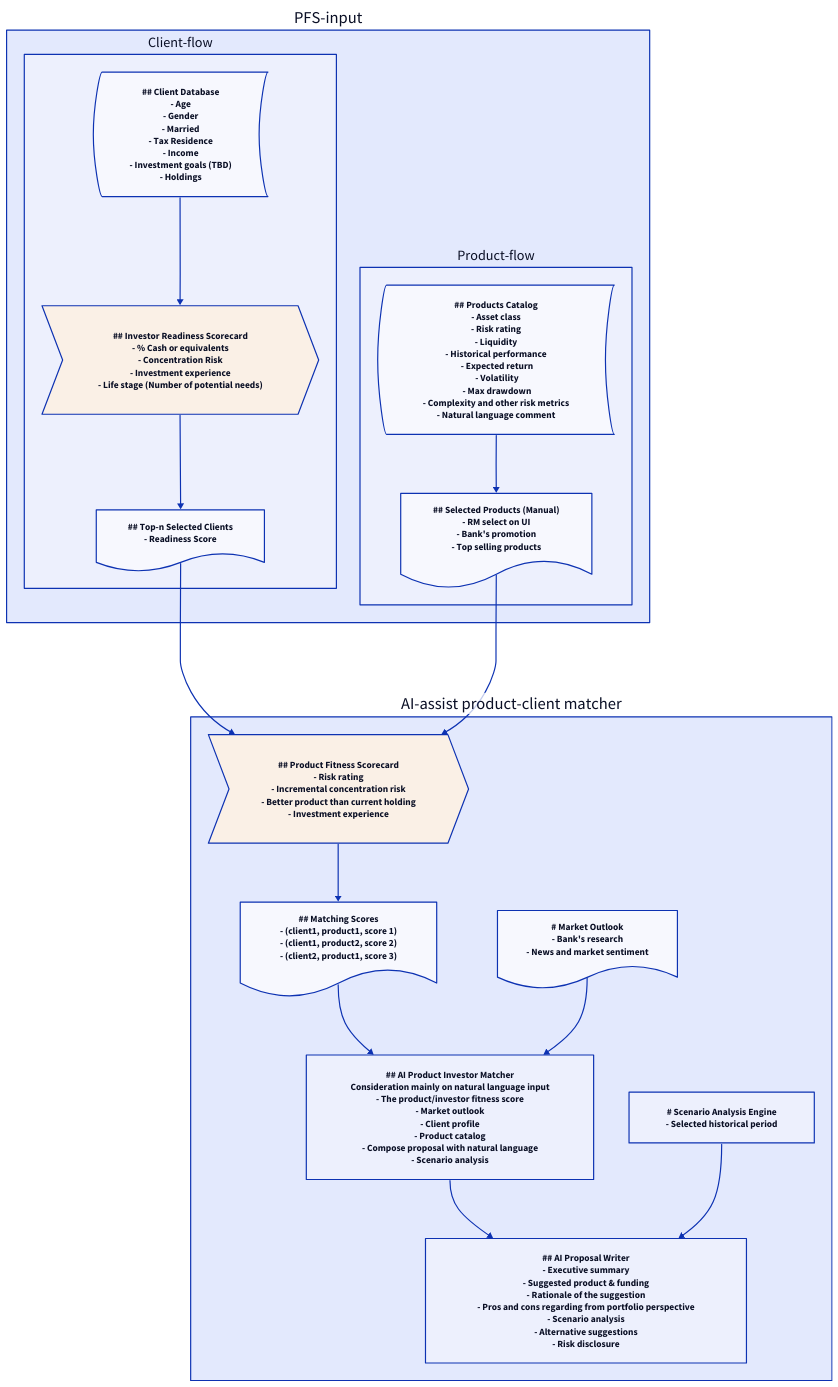
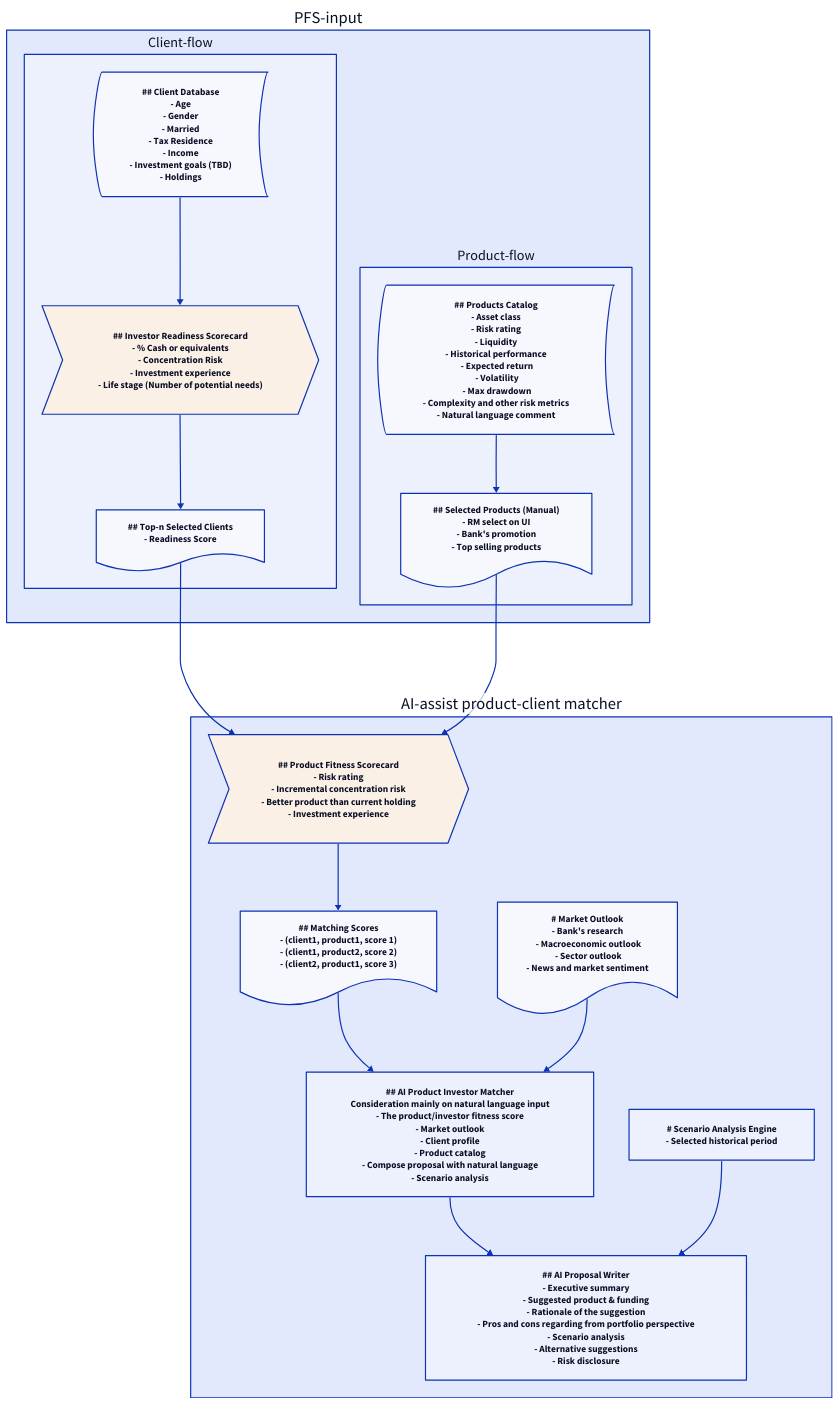
One commit to roger249/Bot-collaboration changed the diagram in docs/prod_spec/product_client_matcher.d2. Above: the diagram before and after it, drawn with D2. The commit also changed 10 other files, not shown here.

```diff
--- a/docs/prod_spec/product_client_matcher.d2
+++ b/docs/prod_spec/product_client_matcher.d2
@@ -1,139 +1,141 @@
 direction: down
 
 # ── Left: two rows stacked vertically ────────────────────────────────
 PFS-input: {
   direction: down
 
   # Row 1 ──────────────────────────────────────────────────────────────
   Client-flow: {
     direction: right
 
     client_db: |md
       ## Client Database
       - Age
       - Gender
       - Married
       - Tax Residence
       - Income
       - Investment goals (TBD)
       - Holdings
     |
     client_db.shape: stored_data
 
     irs: |md
       ## Investor Readiness Scorecard
       - % Cash or equivalents
       - Concentration Risk
       - Investment experience
       - Life stage (Number of potential needs)
     |
     irs.shape: step
     irs.style.fill: linen
 
     potential_client: |md
       ## Top-n Selected Clients
       - Readiness Score
     |
     potential_client.shape: document
 
     client_db -> irs -> potential_client
   }
 
   # Row 2 ──────────────────────────────────────────────────────────────
   Product-flow: {
     direction: down
 
     product_db: |md
       ## Products Catalog
       - Asset class
       - Risk rating
       - Liquidity
       - Historical performance
           - Expected return
           - Volatility
           - Max drawdown
       - Complexity and other risk metrics
       - Natural language comment
     |
     product_db.shape: stored_data
 
     selected_products: |md
       ## Selected Products (Manual)
       - RM select on UI
       - Bank's promotion
       - Top selling products
     |
     selected_products.shape: document
 
     product_db -> selected_products
   }
 }
 
 # ── Right: Product-Client Matcher ────────────────────────────────────
 pc_matcher: AI-assist product-client matcher {
   direction: down
 
   market: |md
     # Market Outlook
     - Bank's research
+      - Macroeconomic outlook
+      - Sector outlook
     - News and market sentiment
   |
   market.shape: document
 
   # ── Main vertical chain ─────────────────────────────────────────────
   pfs: |md
     ## Product Fitness Scorecard
     - Risk rating
     - Incremental concentration risk
     - Better product than current holding
     - Investment experience
   |
   pfs.shape: step
   pfs.style.fill: linen
 
   matching_scores: |md
     ## Matching Scores
     - (client1, product1, score 1)
     - (client1, product2, score 2)
     - (client2, product1, score 3)
   |
   matching_scores.shape: document
 
   llm: |md
     ## AI Product Investor Matcher
     Consideration mainly on natural language input
     - The product/investor fitness score
     - Market outlook
     - Client profile
     - Product catalog
     - Compose proposal with natural language
     - Scenario analysis
   |
   llm.shape: rectangle
 
   scenario: |md
     # Scenario Analysis Engine
     - Selected historical period
   |
   scenario.shape: rectangle
 
   proposal_writer: |md
     ## AI Proposal Writer
     - Executive summary
     - Suggested product & funding
     - Rationale of the suggestion
     - Pros and cons regarding from portfolio perspective
     - Scenario analysis
     - Alternative suggestions
     - Risk disclosure
   |
   proposal_writer.shape: rectangle
 
   pfs -> matching_scores -> llm -> proposal_writer
   market -> llm
   scenario -> proposal_writer
 }
 
 # ── Cross-panel connections ─────────────────────────────────────────
 PFS-input.client-flow.potential_client -> pc_matcher.pfs
 PFS-input.product-flow.selected_products -> pc_matcher.pfs
```
